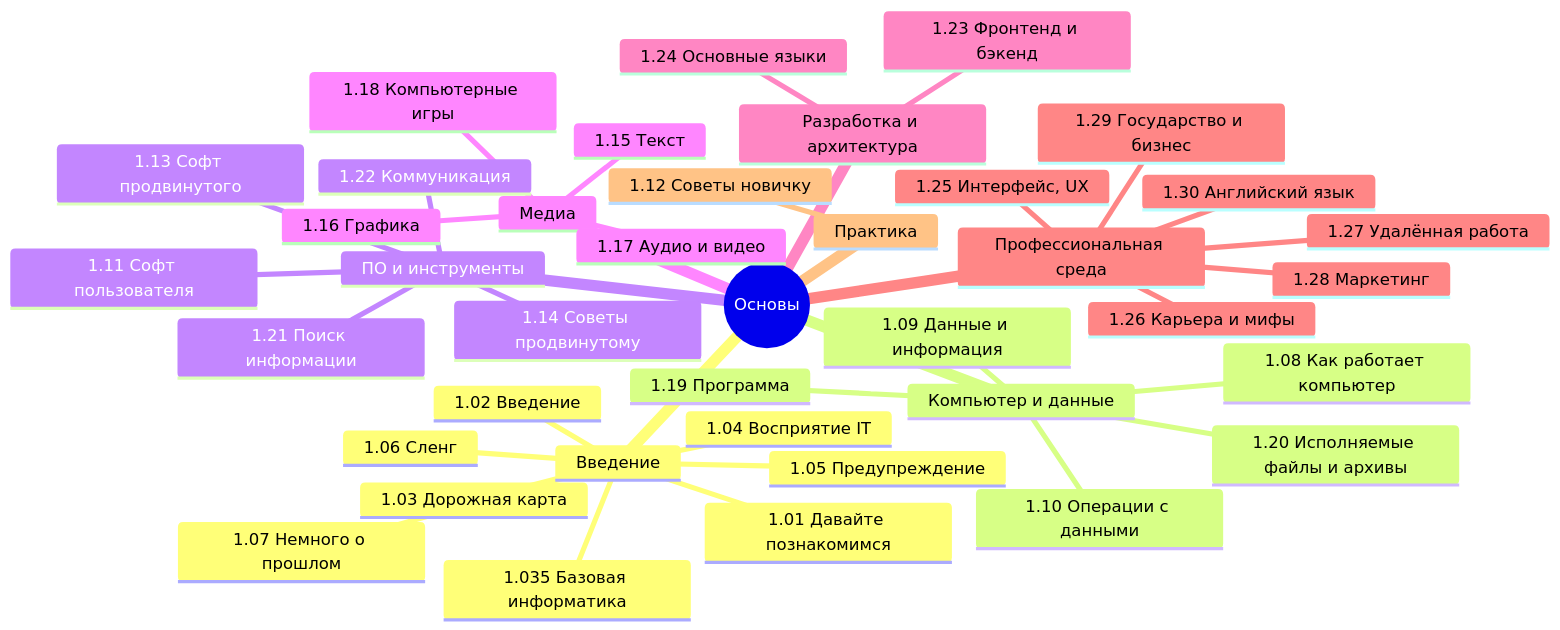
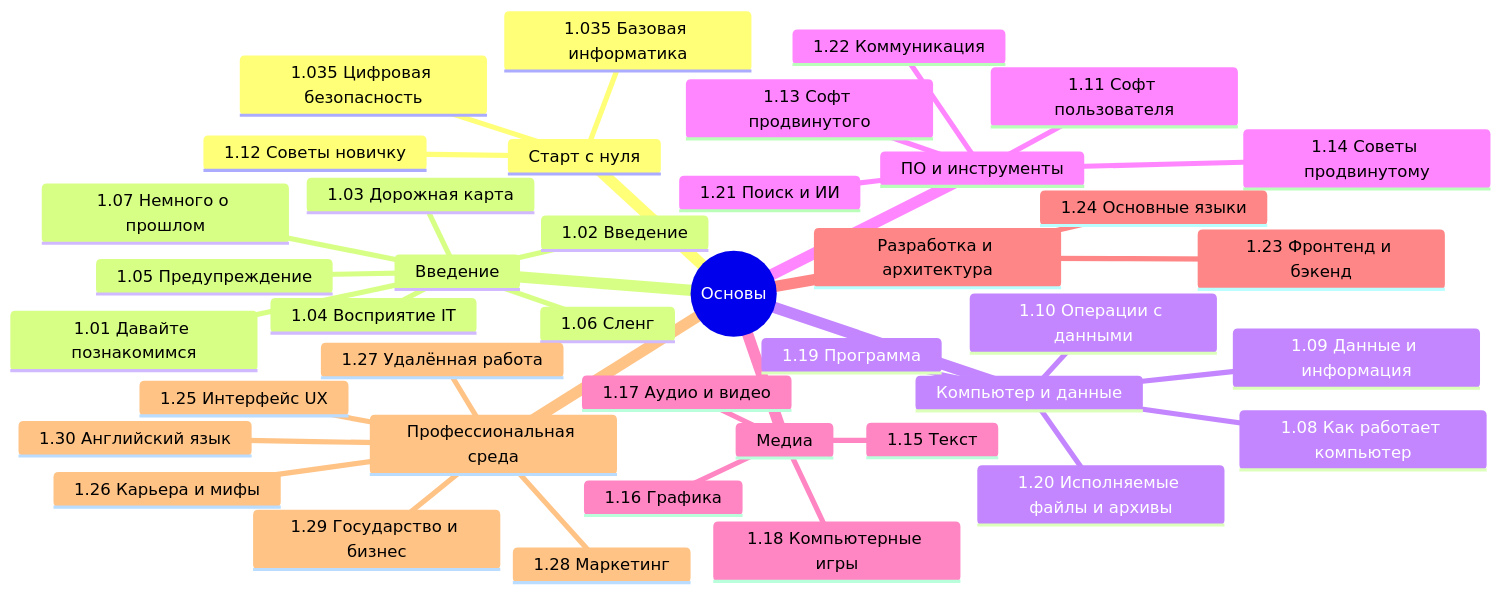
Before and after one commit to Spirzen/it-knowledge-base: the diagram in docs/encyclopedia/1-basics/basics.md, drawn with Mermaid. The commit also changed other lines of this file and 315 other files, not shown here.

````diff
--- a/docs/encyclopedia/1-basics/basics.md
+++ b/docs/encyclopedia/1-basics/basics.md
@@ -27,42 +28,43 @@
 ```mermaid
 mindmap
   root((Основы))
+    Старт с нуля
+      1.035 Базовая информатика
+      1.035 Цифровая безопасность
+      1.12 Советы новичку
     Введение
       1.01 Давайте познакомимся
       1.02 Введение
       1.03 Дорожная карта
-      1.035 Базовая информатика
       1.04 Восприятие IT
       1.05 Предупреждение
       1.06 Сленг
       1.07 Немного о прошлом
     Компьютер и данные
       1.08 Как работает компьютер
       1.09 Данные и информация
       1.10 Операции с данными
       1.19 Программа
       1.20 Исполняемые файлы и архивы
     ПО и инструменты
       1.11 Софт пользователя
       1.13 Софт продвинутого
       1.14 Советы продвинутому
-      1.21 Поиск информации
+      1.21 Поиск и ИИ
       1.22 Коммуникация
     Медиа
       1.15 Текст
       1.16 Графика
       1.17 Аудио и видео
       1.18 Компьютерные игры
     Разработка и архитектура
       1.23 Фронтенд и бэкенд
       1.24 Основные языки
     Профессиональная среда
-      1.25 Интерфейс, UX
+      1.25 Интерфейс UX
       1.26 Карьера и мифы
       1.27 Удалённая работа
       1.28 Маркетинг
       1.29 Государство и бизнес
       1.30 Английский язык
-    Практика
-      1.12 Советы новичку
 ```
````
